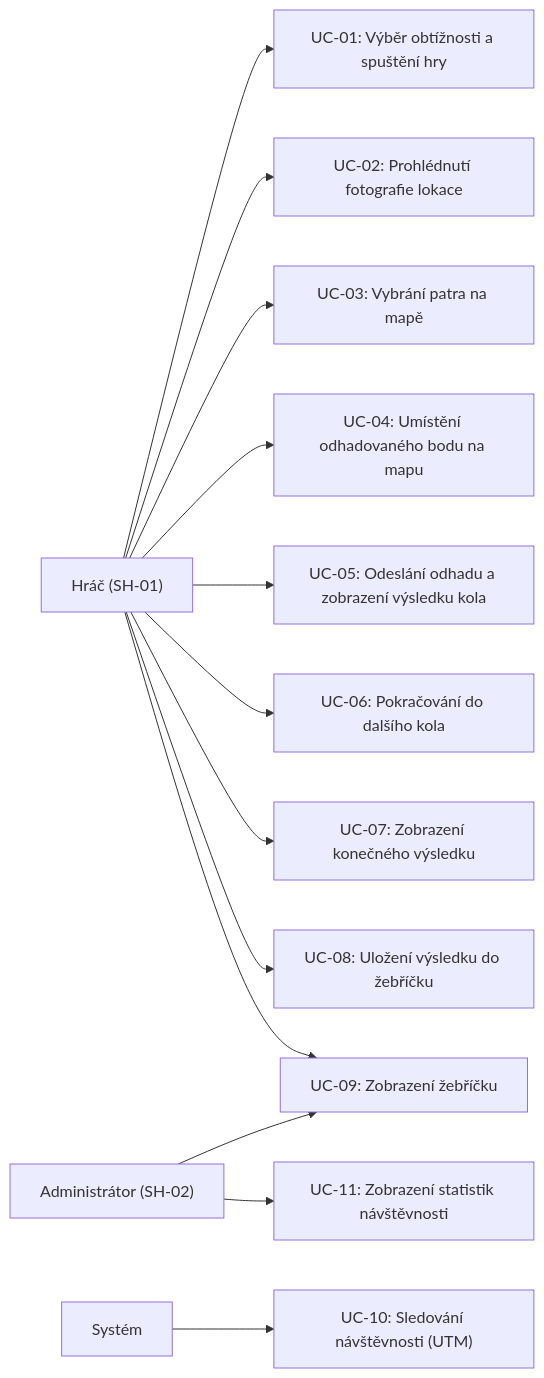
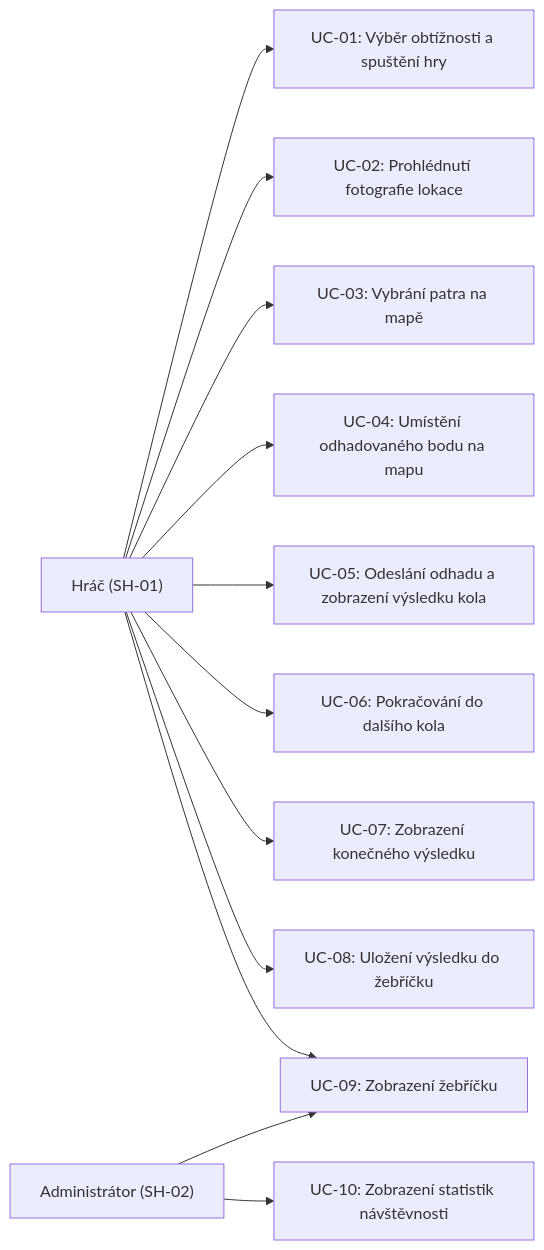
One commit to Its1akub/JecnaGuesser changed the second of 9 diagrams in docs/Ječná Guesser – Předávací zpráva projektu.md. Above: the diagram before and after it, drawn with Mermaid. The commit also changed other lines of this file, not shown here.

````diff
--- a/docs/Ječná Guesser – Předávací zpráva projektu.md
+++ b/docs/Ječná Guesser – Předávací zpráva projektu.md
@@ -91,19 +91,17 @@
 ```mermaid
 graph LR
     Hrac["Hráč (SH-01)"]
     Admin["Administrátor (SH-02)"]
-    System["Systém"]
 
     Hrac --> UC01["UC-01: Výběr obtížnosti a spuštění hry"]
     Hrac --> UC02["UC-02: Prohlédnutí fotografie lokace"]
     Hrac --> UC03["UC-03: Vybrání patra na mapě"]
     Hrac --> UC04["UC-04: Umístění odhadovaného bodu na mapu"]
     Hrac --> UC05["UC-05: Odeslání odhadu a zobrazení výsledku kola"]
     Hrac --> UC06["UC-06: Pokračování do dalšího kola"]
     Hrac --> UC07["UC-07: Zobrazení konečného výsledku"]
     Hrac --> UC08["UC-08: Uložení výsledku do žebříčku"]
     Hrac --> UC09["UC-09: Zobrazení žebříčku"]
     Admin --> UC09
-    Admin --> UC11["UC-11: Zobrazení statistik návštěvnosti"]
-    System --> UC10["UC-10: Sledování návštěvnosti (UTM)"]
+    Admin --> UC10["UC-10: Zobrazení statistik návštěvnosti"]
 ```
````
